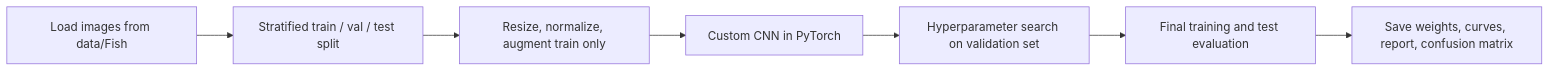
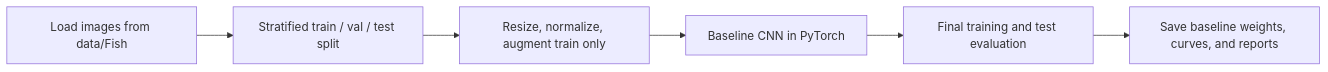
Before and after one commit to CGriffin81/CalebGriffin-CS898BA-Project1: the diagram in README.md, drawn with Mermaid. The commit also changed other lines of this file and 13 other files, not shown here.

````diff
--- a/README.md
+++ b/README.md
@@ -20,9 +20,8 @@
 ```mermaid
 flowchart LR
 	A[Load images from data/Fish] --> B[Stratified train / val / test split]
 	B --> C[Resize, normalize, augment train only]
-	C --> D[Custom CNN in PyTorch]
-	D --> E[Hyperparameter search on validation set]
-	E --> F[Final training and test evaluation]
-	F --> G[Save weights, curves, report, confusion matrix]
+	C --> D[Baseline CNN in PyTorch]
+	D --> E[Final training and test evaluation]
+	E --> F[Save baseline weights, curves, and reports]
 ```
````
